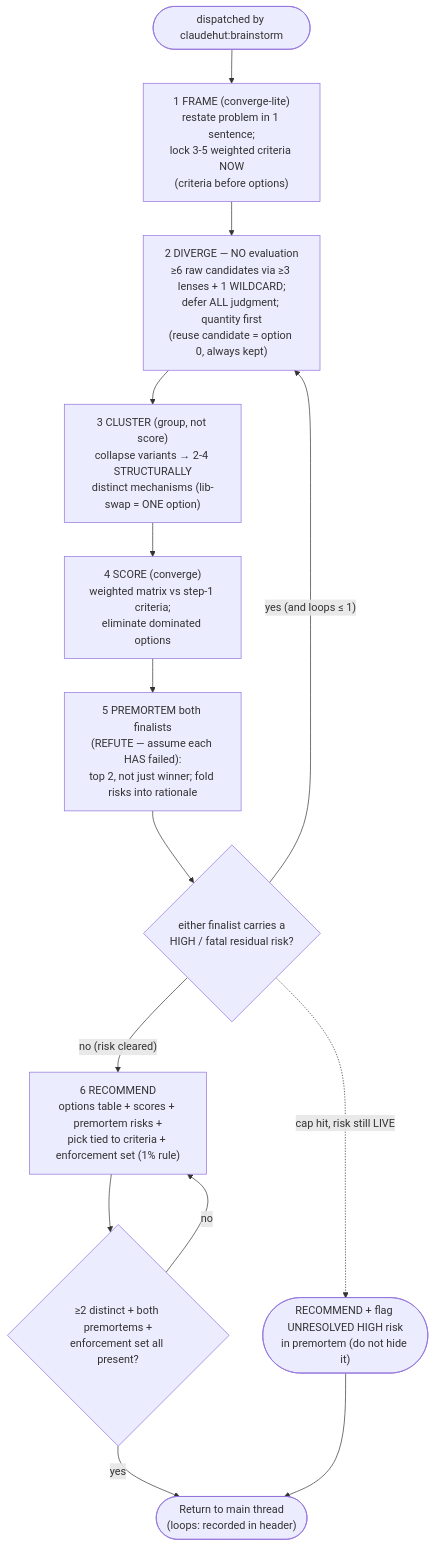
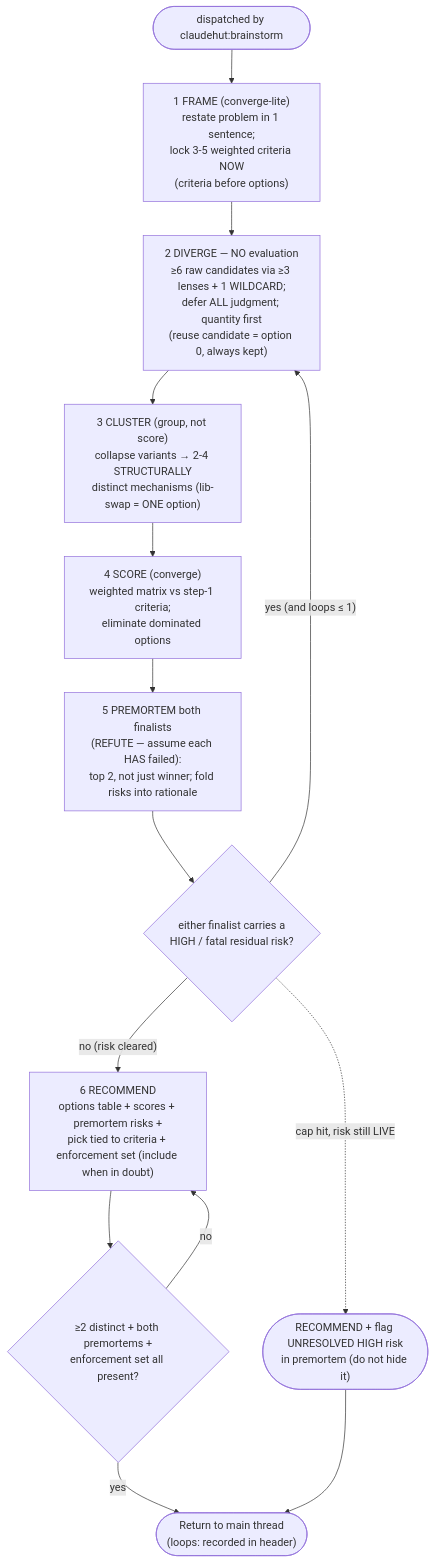
One commit to taipt1504/claudehut changed the diagram in agents/claudehut-brainstormer.md. Above: the diagram before and after it, drawn with Mermaid. The commit also changed other lines of this file and 51 other files, not shown here.

````diff
--- a/agents/claudehut-brainstormer.md
+++ b/agents/claudehut-brainstormer.md
@@ -22,16 +22,16 @@
 ```mermaid
 flowchart TB
     a(["dispatched by claudehut:brainstorm"]) --> frame["1 FRAME (converge-lite)<br/>restate problem in 1 sentence;<br/>lock 3-5 weighted criteria NOW<br/>(criteria before options)"]
     frame --> div["2 DIVERGE — NO evaluation<br/>≥6 raw candidates via ≥3 lenses + 1 WILDCARD;<br/>defer ALL judgment; quantity first<br/>(reuse candidate = option 0, always kept)"]
     div --> clus["3 CLUSTER (group, not score)<br/>collapse variants → 2-4 STRUCTURALLY<br/>distinct mechanisms (lib-swap = ONE option)"]
     clus --> score["4 SCORE (converge)<br/>weighted matrix vs step-1 criteria;<br/>eliminate dominated options"]
     score --> pre["5 PREMORTEM both finalists<br/>(REFUTE — assume each HAS failed):<br/>top 2, not just winner; fold risks into rationale"]
     pre --> conv{"either finalist carries a<br/>HIGH / fatal residual risk?"}
     conv -- "yes (and loops ≤ 1)" --> div
-    conv -- "no (risk cleared)" --> rec["6 RECOMMEND<br/>options table + scores + premortem risks +<br/>pick tied to criteria + enforcement set (1% rule)"]
+    conv -- "no (risk cleared)" --> rec["6 RECOMMEND<br/>options table + scores + premortem risks +<br/>pick tied to criteria + enforcement set (include when in doubt)"]
     conv -. "cap hit, risk still LIVE" .-> esc(["RECOMMEND + flag UNRESOLVED HIGH risk<br/>in premortem (do not hide it)"])
     rec --> ret{"≥2 distinct + both premortems +<br/>enforcement set all present?"}
     ret -- "no" --> rec
     ret -- "yes" --> out(["Return to main thread<br/>(loops: recorded in header)"])
     esc --> out
 ```
````
